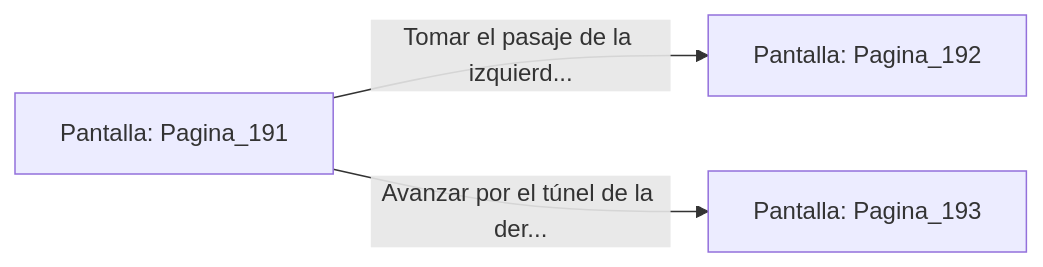
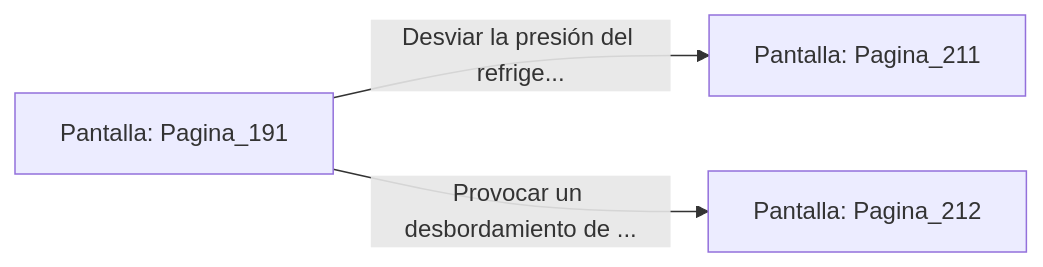
One commit to metsuke/mpl changed the diagram in sample/eligejuego-vault/Pantalla_Pagina_191.md. Above: the diagram before and after it, drawn with Mermaid. The commit also changed other lines of this file and 635 other files, not shown here.

First line of the commit message:
fix: añadir Pagina_1 como pantalla inicial en capitulo_01.mpl

````diff
--- a/sample/eligejuego-vault/Pantalla_Pagina_191.md
+++ b/sample/eligejuego-vault/Pantalla_Pagina_191.md
@@ -20,6 +24,6 @@
 ```mermaid
 graph LR
     P_Pagina_191["Pantalla: Pagina_191"]
-    P_Pagina_191 -->|"Tomar el pasaje de la izquierd..."| P_Pagina_192["Pantalla: Pagina_192"]
-    P_Pagina_191 -->|"Avanzar por el túnel de la der..."| P_Pagina_193["Pantalla: Pagina_193"]
+    P_Pagina_191 -->|"Desviar la presión del refrige..."| P_Pagina_211["Pantalla: Pagina_211"]
+    P_Pagina_191 -->|"Provocar un desbordamiento de ..."| P_Pagina_212["Pantalla: Pagina_212"]
 ```
````
